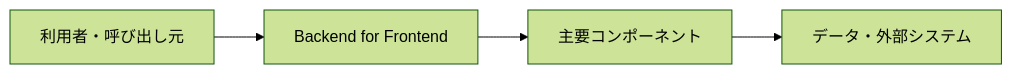
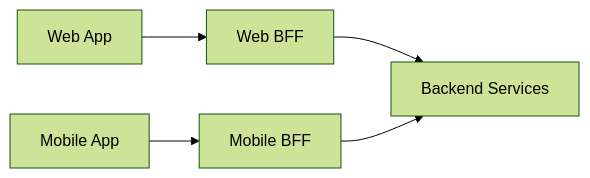
One commit to t-shirayama/architecture-notes changed the diagram in docs/フロントエンド系/Backend for Frontend.md. Above: the diagram before and after it, drawn with Mermaid (forest theme). The commit also changed other lines of this file and 32 other files, not shown here.

Commit message:
docs: refine remaining architecture notes

````diff
--- a/docs/フロントエンド系/Backend for Frontend.md
+++ b/docs/フロントエンド系/Backend for Frontend.md
@@ -24,6 +28,7 @@
 ```mermaid
 flowchart LR
-    A[利用者・呼び出し元] --> B[Backend for Frontend]
-    B --> C[主要コンポーネント]
-    C --> D[データ・外部システム]
+    Web[Web App] --> WebBFF[Web BFF]
+    Mobile[Mobile App] --> MobileBFF[Mobile BFF]
+    WebBFF --> Services[Backend Services]
+    MobileBFF --> Services
 ```
````
